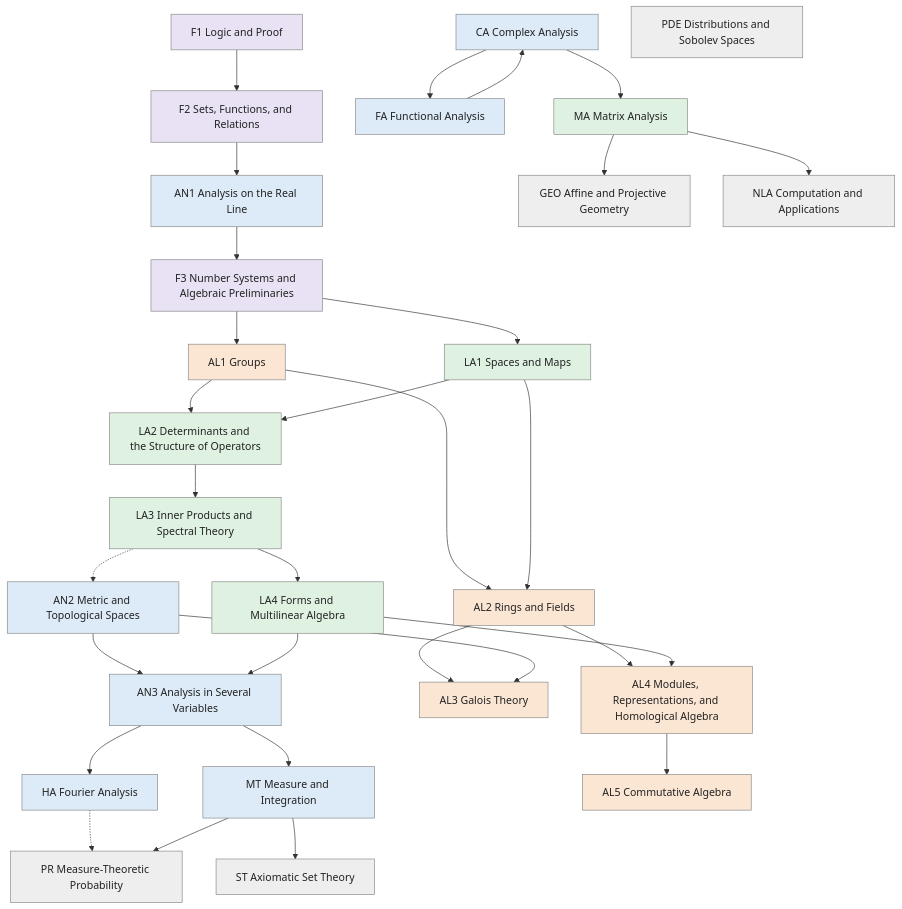
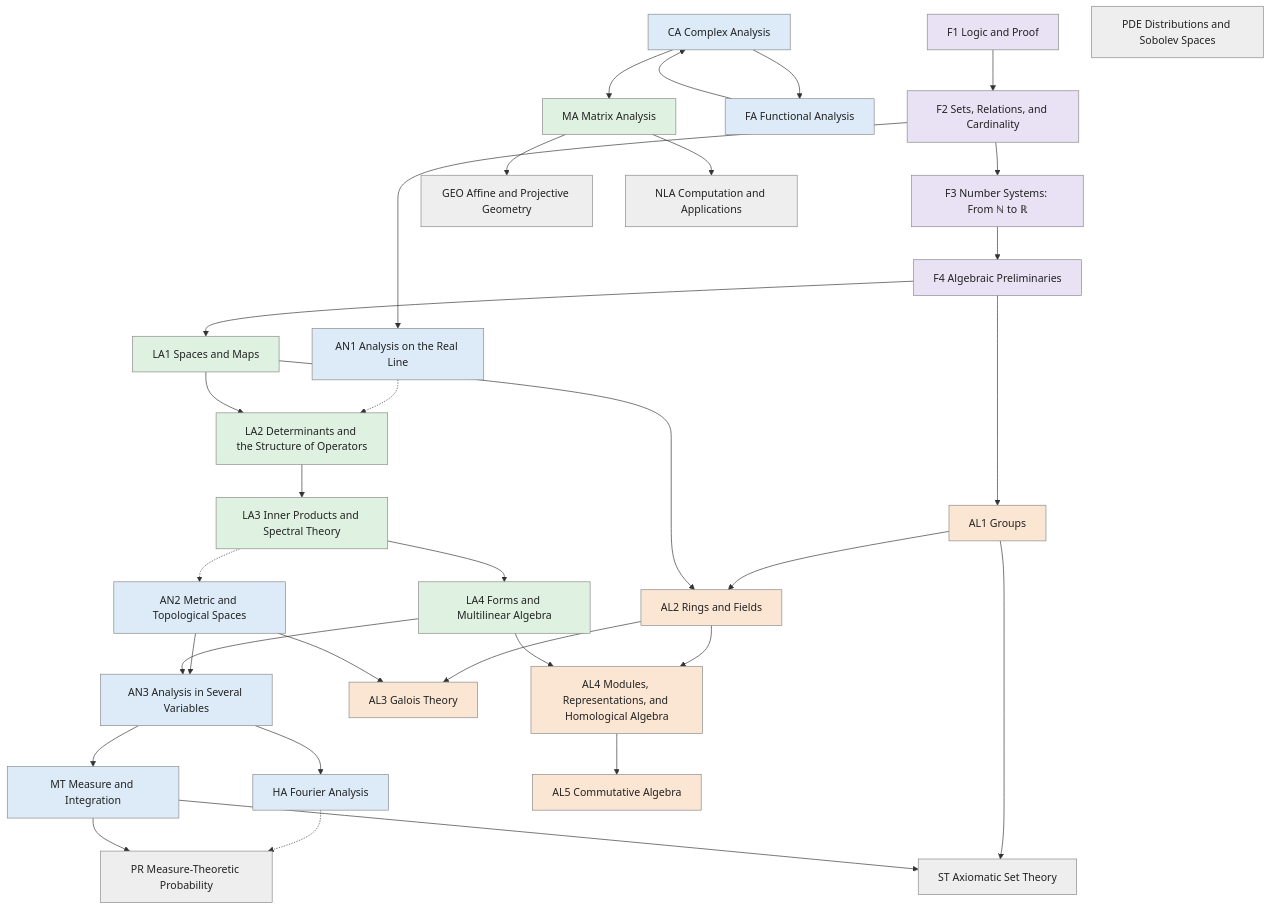
Before and after one commit to AkizumiFox/math-atlas: the diagram in generated/volumes.mmd, drawn with Mermaid. The commit also changed 24 other files, not shown here.

First line of the commit message:
Series and volumes: one volume per book; Foundations ends with R built from Cauchy sequences

```diff
--- a/generated/volumes.mmd
+++ b/generated/volumes.mmd
@@ -1,60 +1,63 @@
 flowchart TD
   F1["F1 Logic and Proof"]:::found
-  F2["F2 Sets, Functions, and Relations"]:::found
-  F3["F3 Number Systems and Algebraic Preliminaries"]:::found
+  F2["F2 Sets, Relations, and Cardinality"]:::found
+  F3["F3 Number Systems: From ℕ to ℝ"]:::found
+  F4["F4 Algebraic Preliminaries"]:::found
   AN1["AN1 Analysis on the Real Line"]:::analysis
   LA1["LA1 Spaces and Maps"]:::linalg
   AL1["AL1 Groups"]:::algebra
   LA2["LA2 Determinants and the Structure of Operators"]:::linalg
   LA3["LA3 Inner Products and Spectral Theory"]:::linalg
   LA4["LA4 Forms and Multilinear Algebra"]:::linalg
   AN2["AN2 Metric and Topological Spaces"]:::analysis
   AN3["AN3 Analysis in Several Variables"]:::analysis
   AL2["AL2 Rings and Fields"]:::algebra
   AL3["AL3 Galois Theory"]:::algebra
   HA["HA Fourier Analysis"]:::analysis
   MT["MT Measure and Integration"]:::analysis
   CA["CA Complex Analysis"]:::analysis
   FA["FA Functional Analysis"]:::analysis
   AL4["AL4 Modules, Representations, and Homological Algebra"]:::algebra
   AL5["AL5 Commutative Algebra"]:::algebra
   MA["MA Matrix Analysis"]:::linalg
   PR["PR Measure-Theoretic Probability"]:::side
   PDE["PDE Distributions and Sobolev Spaces"]:::side
   GEO["GEO Affine and Projective Geometry"]:::side
   NLA["NLA Computation and Applications"]:::side
   ST["ST Axiomatic Set Theory"]:::side
   F1 --> F2
-  AN1 --> F3
+  F2 --> F3
+  F3 --> F4
   F2 --> AN1
-  F3 --> LA1
-  F3 --> AL1
-  AL1 --> LA2
+  F4 --> LA1
+  F4 --> AL1
+  AN1 -.-> LA2
   LA1 --> LA2
   LA2 --> LA3
   LA3 --> LA4
   LA3 -.-> AN2
   AN2 --> AN3
   LA4 --> AN3
   AL1 --> AL2
   LA1 --> AL2
   AL2 --> AL3
   AN2 --> AL3
   AN3 --> HA
   AN3 --> MT
   FA --> CA
   CA --> FA
   AL2 --> AL4
   LA4 --> AL4
   AL4 --> AL5
   CA --> MA
   HA -.-> PR
   MT --> PR
   MA --> GEO
   MA --> NLA
+  AL1 --> ST
   MT --> ST
   classDef found fill:#e8e2f4,stroke:#888,color:#222
   classDef analysis fill:#dcebf7,stroke:#888,color:#222
   classDef linalg fill:#dff2e1,stroke:#888,color:#222
   classDef algebra fill:#fbe6d4,stroke:#888,color:#222
   classDef side fill:#eeeeee,stroke:#888,color:#222
```
